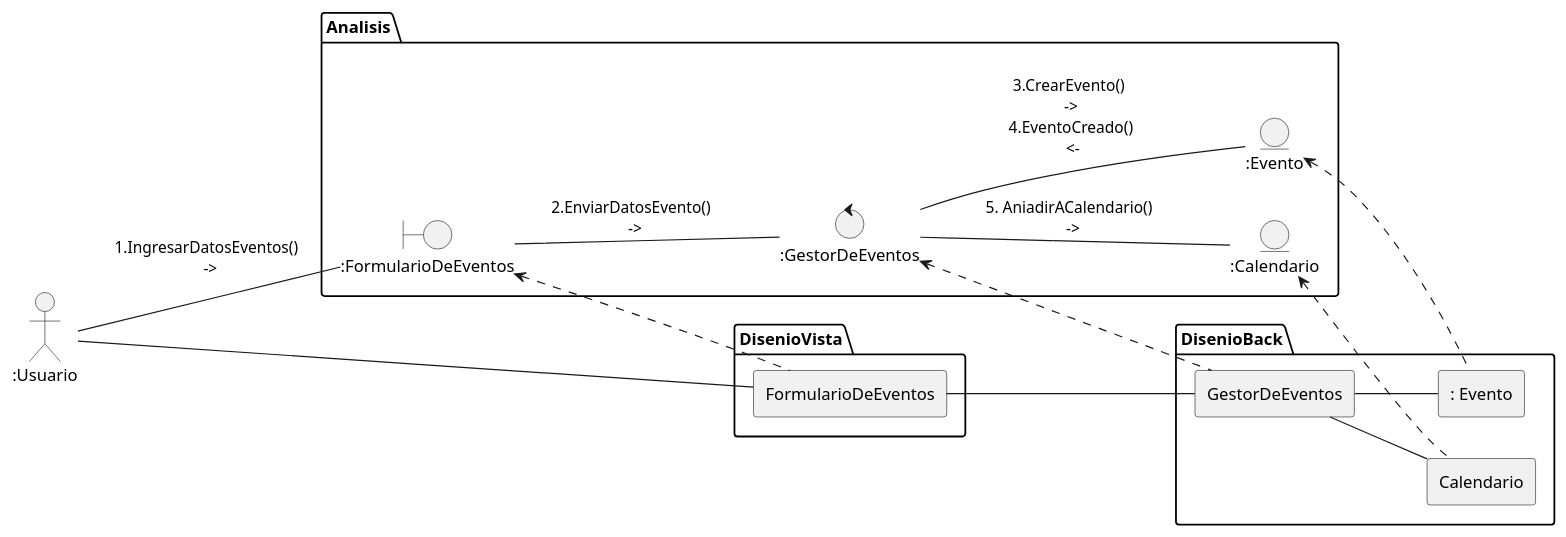
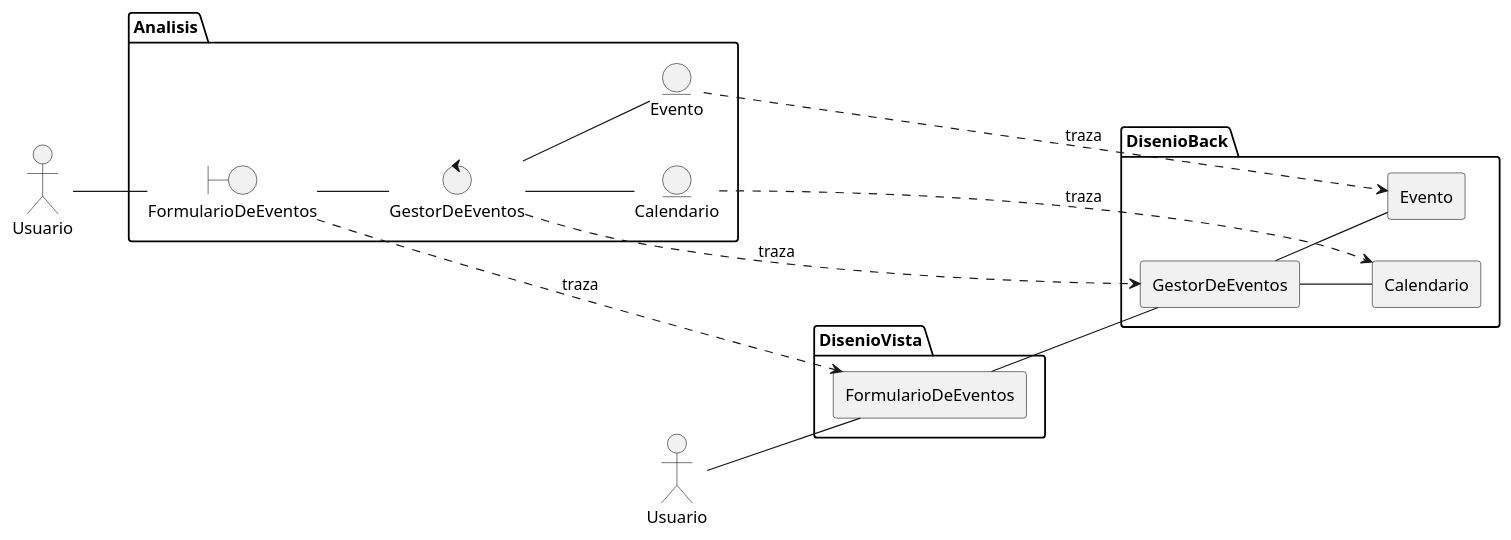
One commit to Andreinalcm/Proyecto_de_inge_grupo4 changed the diagram in docs/designView/DisciplinaDeDisenio/DiagramaDeTrazaPublicarEvento.plantuml. Above: the diagram before and after it, drawn with PlantUML. The commit also changed 8 other files, not shown here.

```diff
--- a/docs/designView/DisciplinaDeDisenio/DiagramaDeTrazaPublicarEvento.plantuml
+++ b/docs/designView/DisciplinaDeDisenio/DiagramaDeTrazaPublicarEvento.plantuml
@@ -1,41 +1,43 @@
-@startuml UC3 Publicar evento Traza
+@startuml Diagrama de secuencia UC3 Publicar un evento
 
 left to right direction
 
-Actor ":Usuario" as u
+Actor "Usuario" as u
+Actor "Usuario" as user
 package "DisenioVista"{
 agent FormularioDeEventos as DFE
 
 }
-u -- DFE
+
 package "DisenioBack"{
     agent GestorDeEventos as DGE
-    agent  ": Evento" as devent 
+    agent  "Evento" as devent 
     agent "Calendario" as dcal
     DGE -- devent
     DGE -- dcal
     DFE -- DGE
 }
 
 package Analisis{
 
-Actor ":Usuario" as u
+Actor "Usuario" as u
 
-boundary ":FormularioDeEventos" as form
-control ":GestorDeEventos" as gestor
+boundary "FormularioDeEventos" as form
+control "GestorDeEventos" as gestor
 
-entity ":Evento" as event 
-entity ":Calendario" as c
+entity "Evento" as event 
+entity "Calendario" as c
 
-  u-- form: "1.IngresarDatosEventos() \n ->"
-form -- gestor : "2.EnviarDatosEvento() \n ->"
-gestor -- event: "3.CrearEvento() \n -> \n 4.EventoCreado() \n <-"
-gestor -- c: "5. AniadirACalendario() \n ->"
+  u-- form
+form -- gestor 
+gestor -- event
+gestor -- c
+}
 
-}
-form <.. DFE
-gestor <.. DGE
-event <.. devent
-c <.. dcal
+user -- DFE
+form ....> DFE: traza
+gestor ....> DGE: traza
+event ....> devent: traza
+c ....> dcal: traza
 
 @enduml
```
